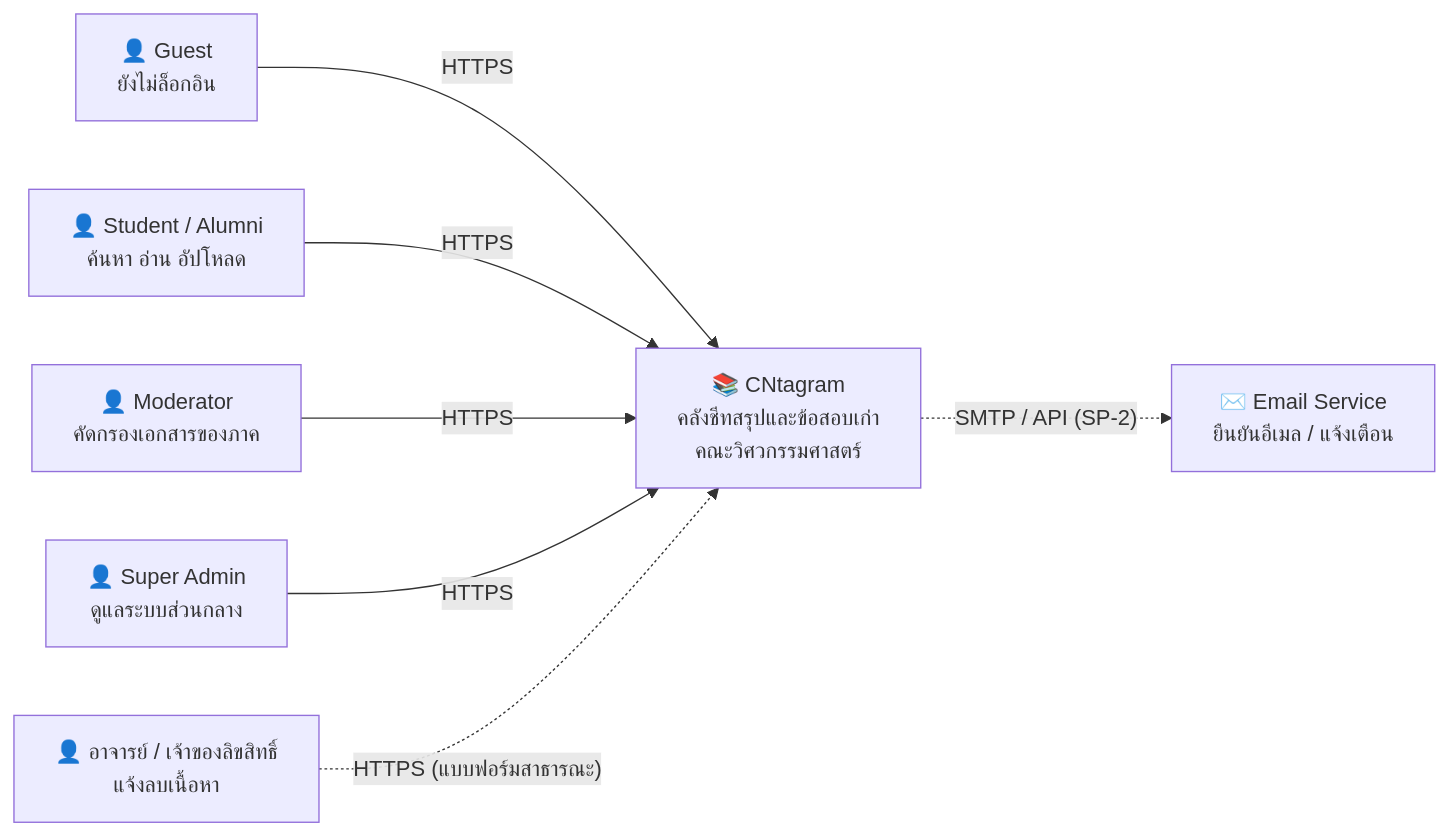
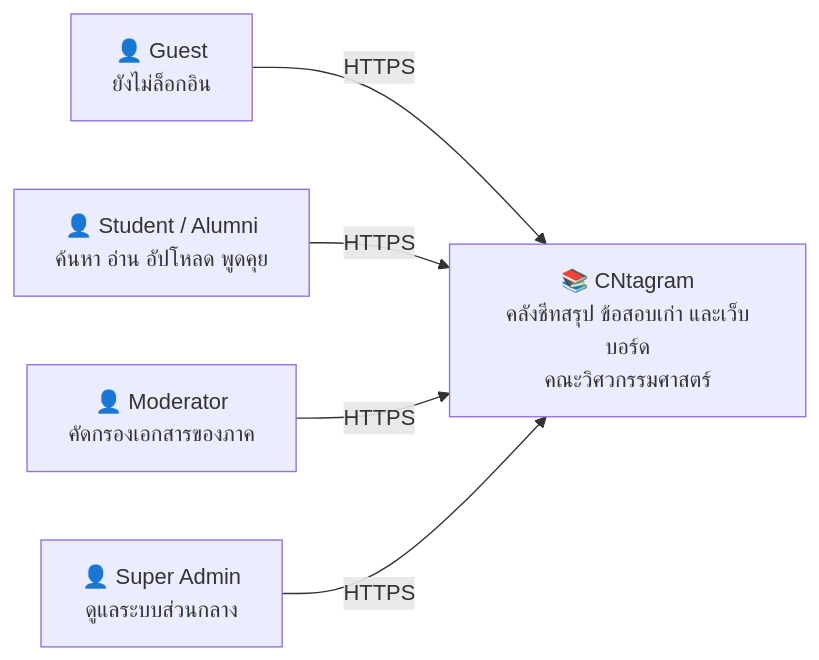
The first of 4 diagrams in README.md (Jupiter4428/cntagram), drawn with Mermaid before and after one commit. The commit also changed other lines of this file and 14 other files, not shown here.

````diff
--- a/README.md
+++ b/README.md
@@ -75,17 +53,13 @@
 ```mermaid
 flowchart LR
     G["👤 Guest<br/>ยังไม่ล็อกอิน"]
-    S["👤 Student / Alumni<br/>ค้นหา อ่าน อัปโหลด"]
+    S["👤 Student / Alumni<br/>ค้นหา อ่าน อัปโหลด พูดคุย"]
     M["👤 Moderator<br/>คัดกรองเอกสารของภาค"]
     A["👤 Super Admin<br/>ดูแลระบบส่วนกลาง"]
-    C["👤 อาจารย์ / เจ้าของลิขสิทธิ์<br/>แจ้งลบเนื้อหา"]
-    SYS["📚 CNtagram<br/>คลังชีทสรุปและข้อสอบเก่า<br/>คณะวิศวกรรมศาสตร์"]
-    MAIL["✉️ Email Service<br/>ยืนยันอีเมล / แจ้งเตือน"]
+    SYS["📚 CNtagram<br/>คลังชีทสรุป ข้อสอบเก่า และเว็บบอร์ด<br/>คณะวิศวกรรมศาสตร์"]
 
     G -- "HTTPS" --> SYS
     S -- "HTTPS" --> SYS
     M -- "HTTPS" --> SYS
     A -- "HTTPS" --> SYS
-    C -. "HTTPS (แบบฟอร์มสาธารณะ)" .-> SYS
-    SYS -. "SMTP / API (SP-2)" .-> MAIL
 ```
````
